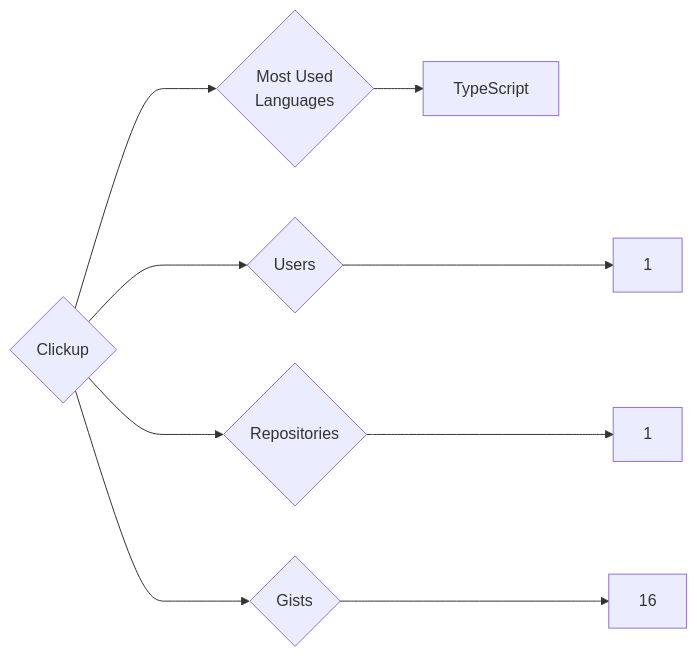
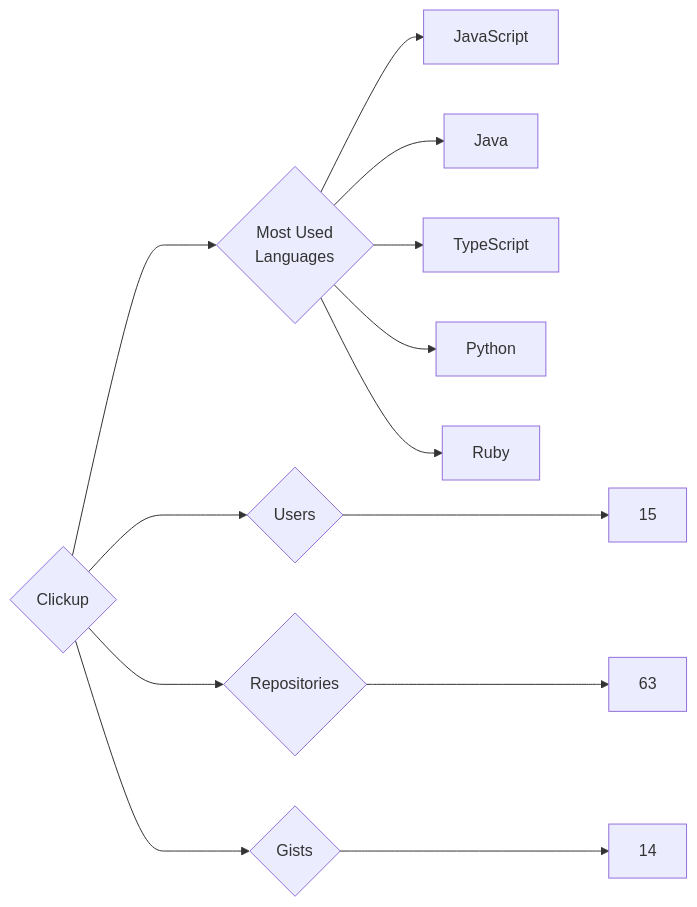
The diagram in targets/Clickup/README.md (trickest/insiders), drawn with Mermaid before and after one commit. The commit also changed 688 other files, not shown here.

````diff
--- a/targets/Clickup/README.md
+++ b/targets/Clickup/README.md
@@ -3,9 +3,13 @@
 ```mermaid
 graph LR
 COMPANY_NAME{Clickup}
-COMPANY_NAME ---> U{Users} ---> UN[1]
-COMPANY_NAME ---> R{Repositories} ---> RN[1]
-COMPANY_NAME ---> G{Gists} ---> GN[16]
+COMPANY_NAME ---> U{Users} ---> UN[15]
+COMPANY_NAME ---> R{Repositories} ---> RN[63]
+COMPANY_NAME ---> G{Gists} ---> GN[14]
 COMPANY_NAME ---> ML{Most Used<br>Languages}
+ML --> JavaScript[JavaScript]
+ML --> Java[Java]
 ML --> TypeScript[TypeScript]
+ML --> Python[Python]
+ML --> Ruby[Ruby]
 ```
````
